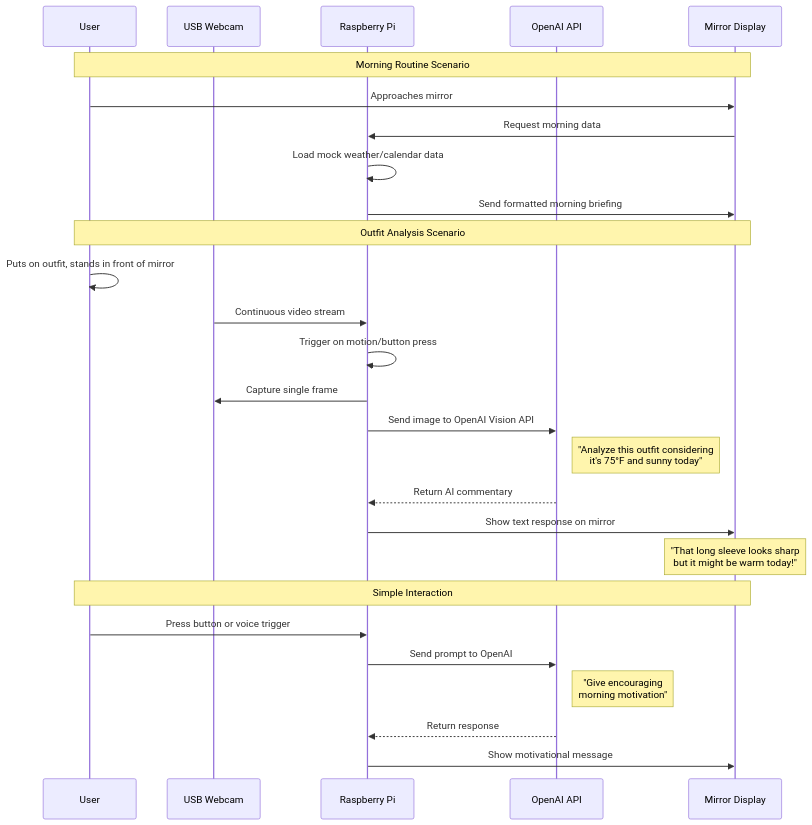
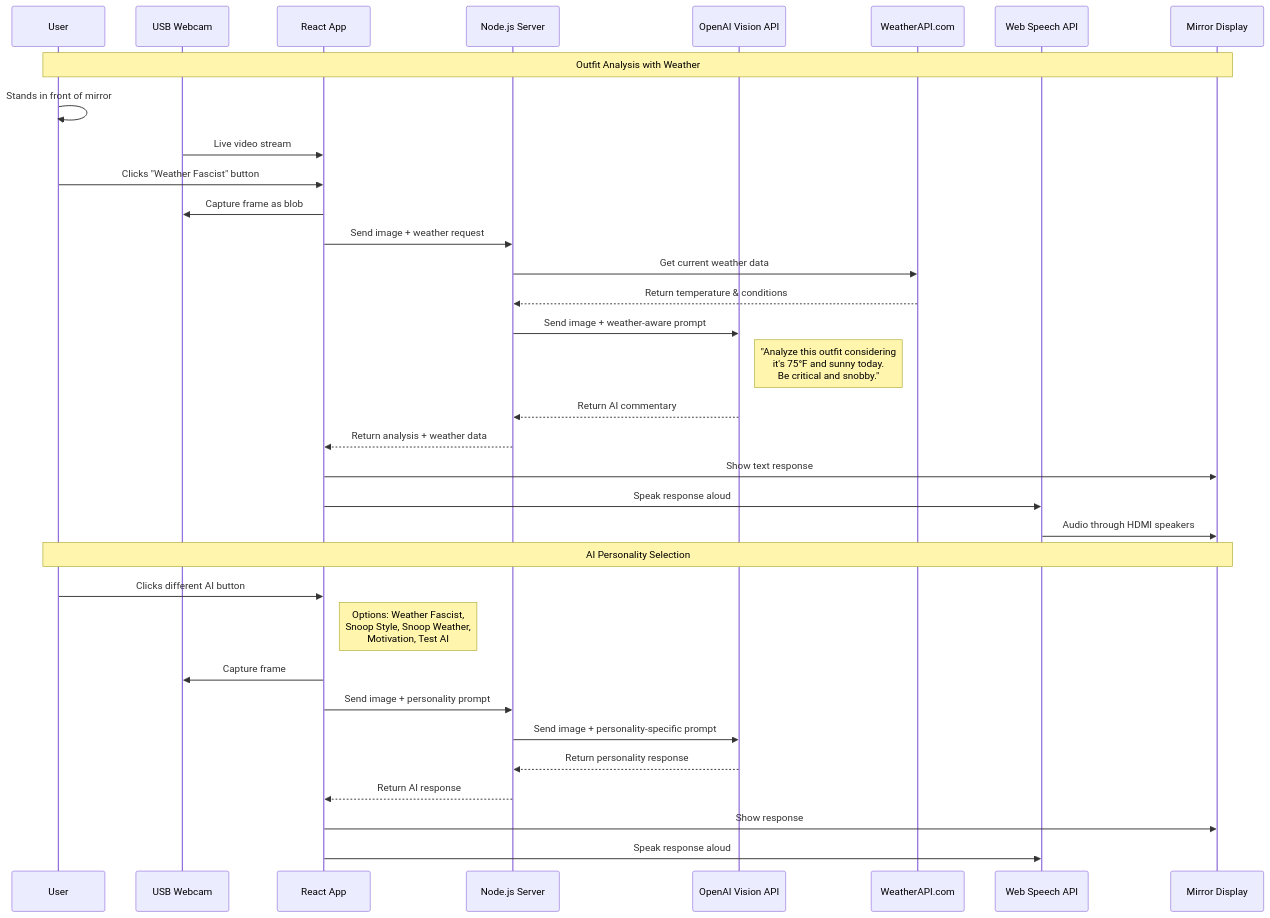
The diagram in docs/mermaid/data-flow.md (bbeaudet-dev/smart-mirror), drawn with Mermaid before and after one commit. The commit also changed 3 other files, not shown here.

First line of the commit message:
Update architecture docs and add commenting

````diff
--- a/docs/mermaid/data-flow.md
+++ b/docs/mermaid/data-flow.md
@@ -3,35 +3,40 @@
 ```mermaid
 sequenceDiagram
     participant User
     participant Webcam as USB Webcam
-    participant Pi as Raspberry Pi
-    participant APIs as OpenAI API
+    participant React as React App
+    participant Server as Node.js Server
+    participant OpenAI as OpenAI Vision API
+    participant Weather as WeatherAPI.com
+    participant TTS as Web Speech API
     participant Display as Mirror Display
 
-    Note over User,Display: Morning Routine Scenario
+    Note over User,Display: Outfit Analysis with Weather
 
-    User->>Display: Approaches mirror
-    Display->>Pi: Request morning data
-    Pi->>Pi: Load mock weather/calendar data
-    Pi->>Display: Send formatted morning briefing
+    User->>User: Stands in front of mirror
+    Webcam->>React: Live video stream
+    User->>React: Clicks "Weather Fascist" button
+    React->>Webcam: Capture frame as blob
+    React->>Server: Send image + weather request
+    Server->>Weather: Get current weather data
+    Weather-->>Server: Return temperature & conditions
+    Server->>OpenAI: Send image + weather-aware prompt
+    Note right of OpenAI: "Analyze this outfit considering<br/>it's 75°F and sunny today.<br/>Be critical and snobby."
+    OpenAI-->>Server: Return AI commentary
+    Server-->>React: Return analysis + weather data
+    React->>Display: Show text response
+    React->>TTS: Speak response aloud
+    TTS->>Display: Audio through HDMI speakers
 
-    Note over User,Display: Outfit Analysis Scenario
+    Note over User,Display: AI Personality Selection
 
-    User->>User: Puts on outfit, stands in front of mirror
-    Webcam->>Pi: Continuous video stream
-    Pi->>Pi: Trigger on motion/button press
-    Pi->>Webcam: Capture single frame
-    Pi->>APIs: Send image to OpenAI Vision API
-    Note right of APIs: "Analyze this outfit considering<br/>it's 75°F and sunny today"
-    APIs-->>Pi: Return AI commentary
-    Pi->>Display: Show text response on mirror
-    Note over Display: "That long sleeve looks sharp<br/>but it might be warm today!"
-
-    Note over User,Display: Simple Interaction
-
-    User->>Pi: Press button or voice trigger
-    Pi->>APIs: Send prompt to OpenAI
-    Note right of APIs: "Give encouraging<br/>morning motivation"
-    APIs-->>Pi: Return response
-    Pi->>Display: Show motivational message
+    User->>React: Clicks different AI button
+    Note right of React: Options: Weather Fascist,<br/>Snoop Style, Snoop Weather,<br/>Motivation, Test AI
+    React->>Webcam: Capture frame
+    React->>Server: Send image + personality prompt
+    Server->>OpenAI: Send image + personality-specific prompt
+    OpenAI-->>Server: Return personality response
+    Server-->>React: Return AI response
+    React->>Display: Show response
+    React->>TTS: Speak response aloud
 ```
````
